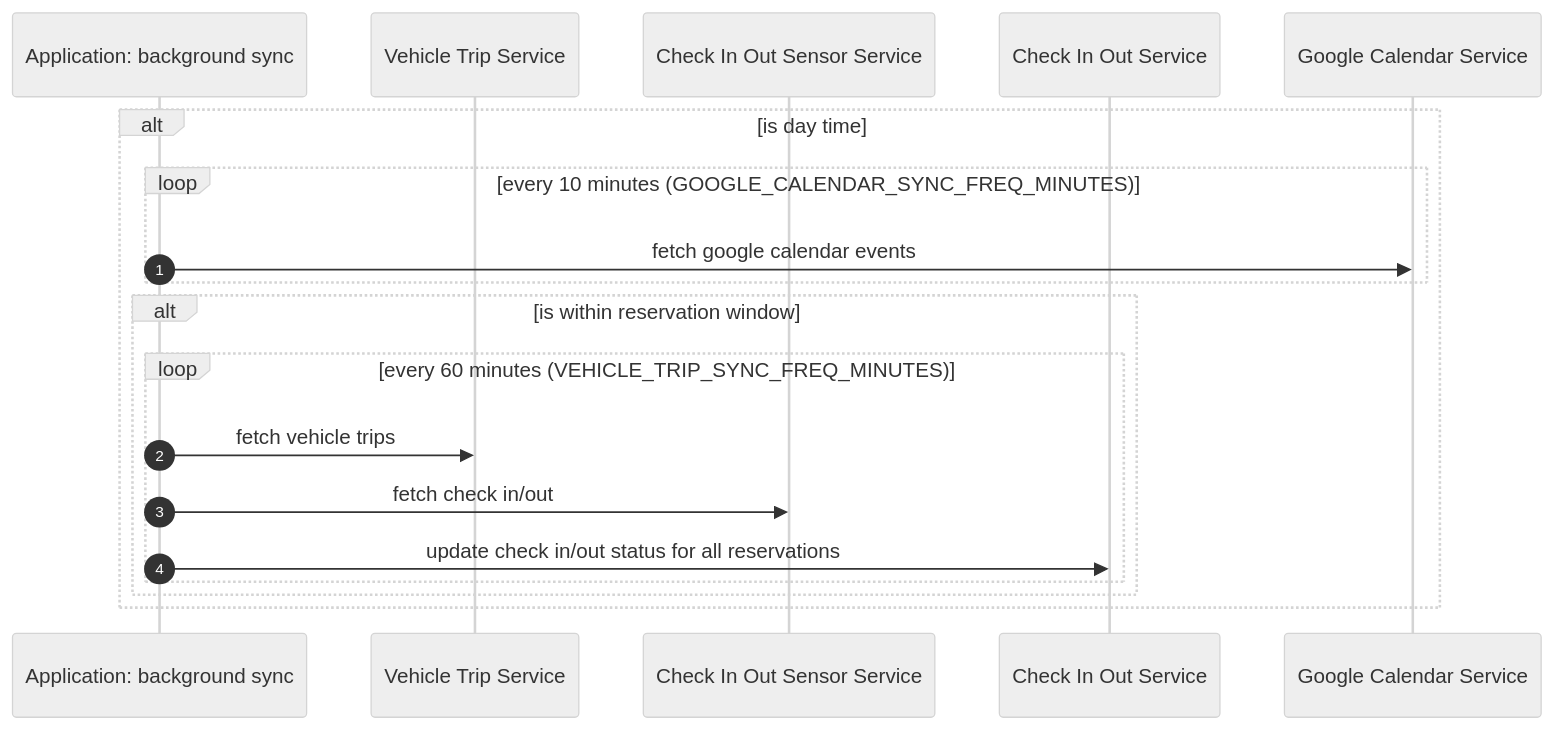
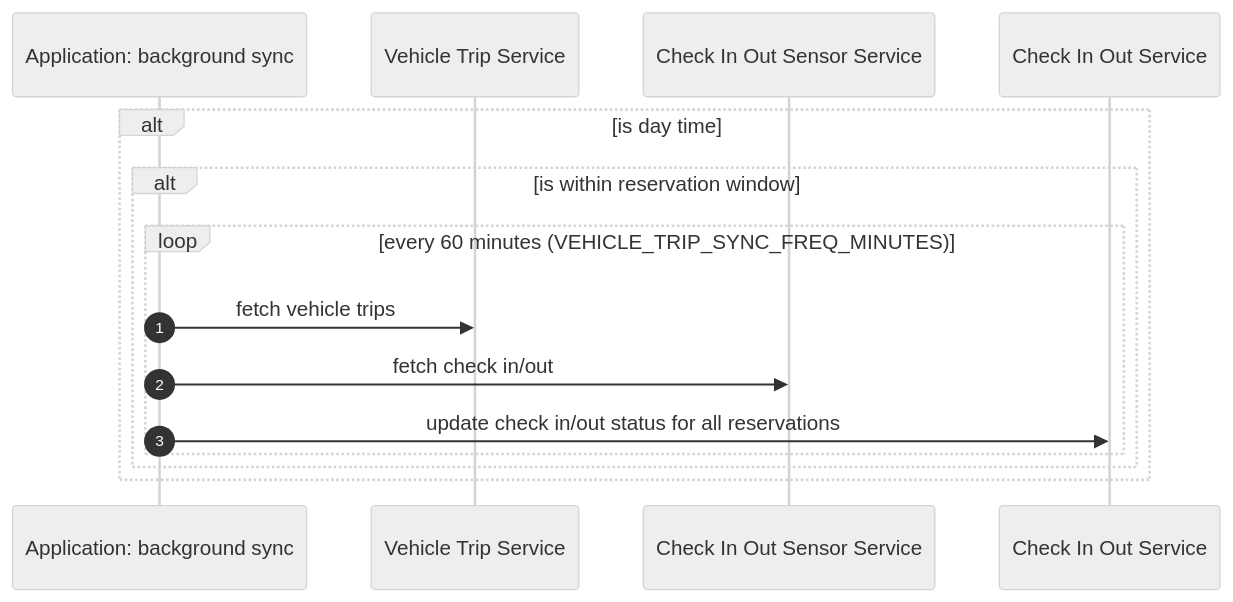
One commit to ismarslomic/cabin-visits-kotlin changed the second of 7 diagrams in docs/solution_architecture.md. Above: the diagram before and after it, drawn with Mermaid (neutral theme). The commit also changed other lines of this file and 14 other files, not shown here.

First line of the commit message:
refactor: remove Google Calendar poll (PR 0a of reservations REST API plan)

````diff
--- a/docs/solution_architecture.md
+++ b/docs/solution_architecture.md
@@ -39,23 +34,18 @@
 ```mermaid
 sequenceDiagram
     autonumber
     participant BackgroundSync as Application: background sync
     participant VehicleTripService as Vehicle Trip Service
     participant CheckInOutSensorService as Check In Out Sensor Service
     participant CheckInOutService as Check In Out Service
-    participant GoogleCalendarService as Google Calendar Service
 
     alt is day time
-        loop every 10 minutes (GOOGLE_CALENDAR_SYNC_FREQ_MINUTES)
-            BackgroundSync->>GoogleCalendarService: fetch google calendar events
-        end
-        
         alt is within reservation window
             loop every 60 minutes (VEHICLE_TRIP_SYNC_FREQ_MINUTES)
                 BackgroundSync->>VehicleTripService: fetch vehicle trips
                 BackgroundSync->>CheckInOutSensorService: fetch check in/out
                 BackgroundSync->>CheckInOutService: update check in/out status for all reservations
             end
         end
     end
 ```
````
